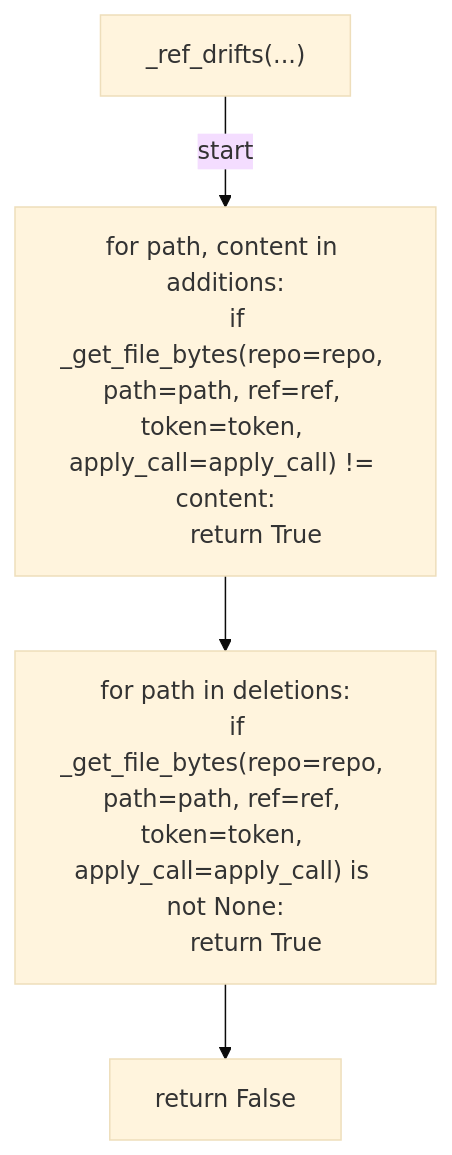
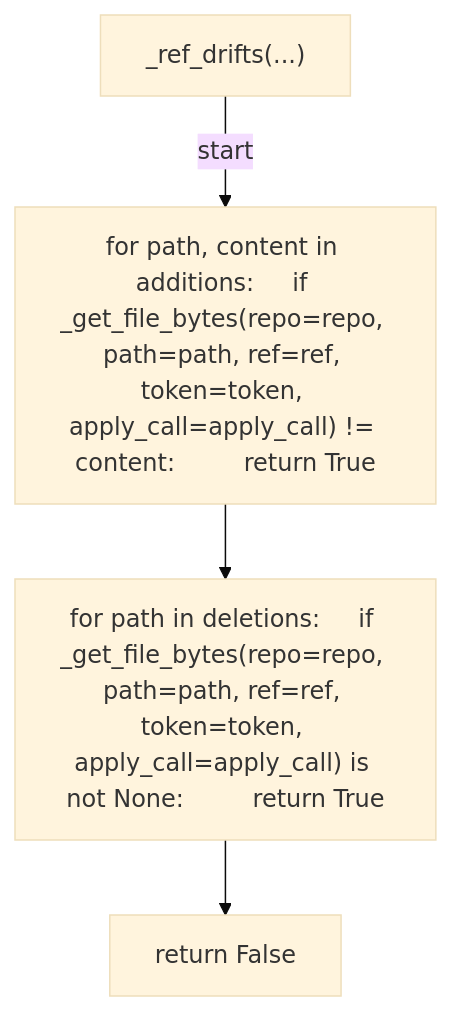
The tenth of 23 diagrams in docs/generated/scripts/ast/pr_upsert.md (tvna/claude-md), drawn with Mermaid (base theme) before and after one commit. The commit also changed other lines of this file and 29 other files, not shown here.

First line of the commit message:
docs(generated): regenerate decision tree and workflow diagrams (batch 3/5)

````diff
--- a/docs/generated/scripts/ast/pr_upsert.md
+++ b/docs/generated/scripts/ast/pr_upsert.md
@@ -303,14 +287,10 @@
 ```mermaid
 flowchart TD
     N001["_ref_drifts(...)"]
-    N002["for path, content in additions:
-    if _get_file_bytes(repo=repo, path=path, ref=ref, token=token, apply_call=apply_call) != content:
-        return True"]
-    N003["for path in deletions:
-    if _get_file_bytes(repo=repo, path=path, ref=ref, token=token, apply_call=apply_call) is not None:
-        return True"]
+    N002["for path, content in additions:     if _get_file_bytes(repo=repo, path=path, ref=ref, token=token, apply_call=apply_call) != content:         return True"]
+    N003["for path in deletions:     if _get_file_bytes(repo=repo, path=path, ref=ref, token=token, apply_call=apply_call) is not None:         return True"]
     N004["return False"]
     N001 -->|"start"| N002
     N002 --> N003
     N003 --> N004
 ```
````
